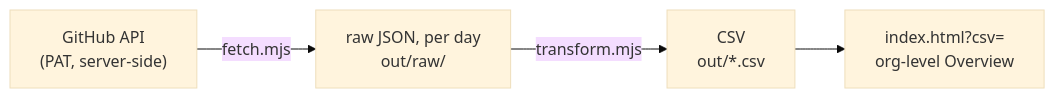
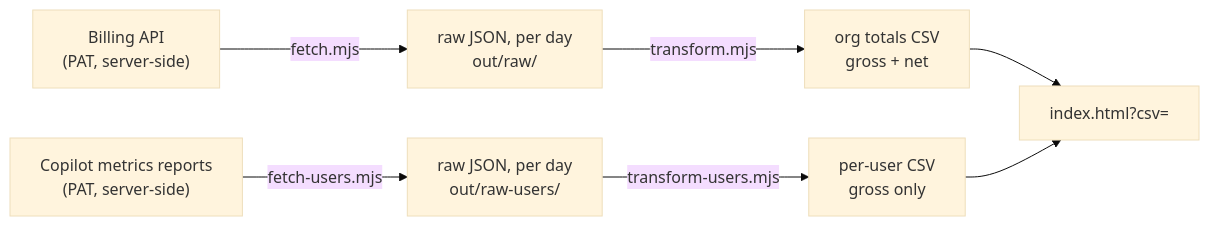
Before and after one commit to DaichiUeura/copilot-ai-usage-viewer: the diagram in automation/README.md, drawn with Mermaid (base theme). The commit also changed other lines of this file and 6 other files, not shown here.

Commit message:
Add a per-user AI credit usage recipe alongside the org totals

````diff
--- a/automation/README.md
+++ b/automation/README.md
@@ -14,6 +18,9 @@
 ```mermaid
 flowchart LR
-    API["GitHub API<br/>(PAT, server-side)"] -- fetch.mjs --> RAW["raw JSON, per day<br/>out/raw/"]
-    RAW -- transform.mjs --> CSV["CSV<br/>out/*.csv"]
-    CSV --> VIEW["index.html?csv=<br/>org-level Overview"]
+    BILL["Billing API<br/>(PAT, server-side)"] -- fetch.mjs --> BRAW["raw JSON, per day<br/>out/raw/"]
+    BRAW -- transform.mjs --> BCSV["org totals CSV<br/>gross + net"]
+    MET["Copilot metrics reports<br/>(PAT, server-side)"] -- fetch-users.mjs --> URAW["raw JSON, per day<br/>out/raw-users/"]
+    URAW -- transform-users.mjs --> UCSV["per-user CSV<br/>gross only"]
+    BCSV --> VIEW["index.html?csv="]
+    UCSV --> VIEW
 ```
````
